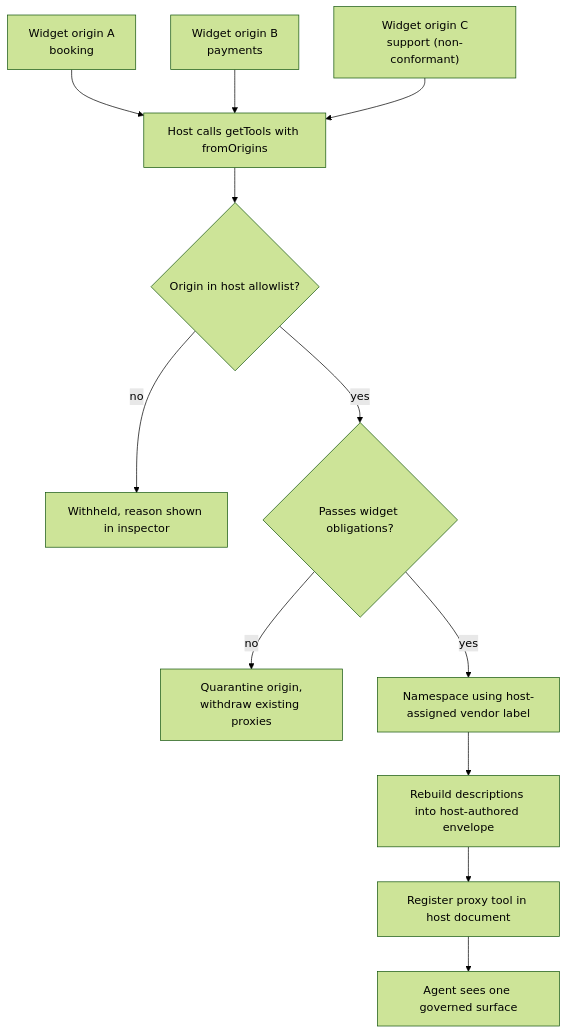
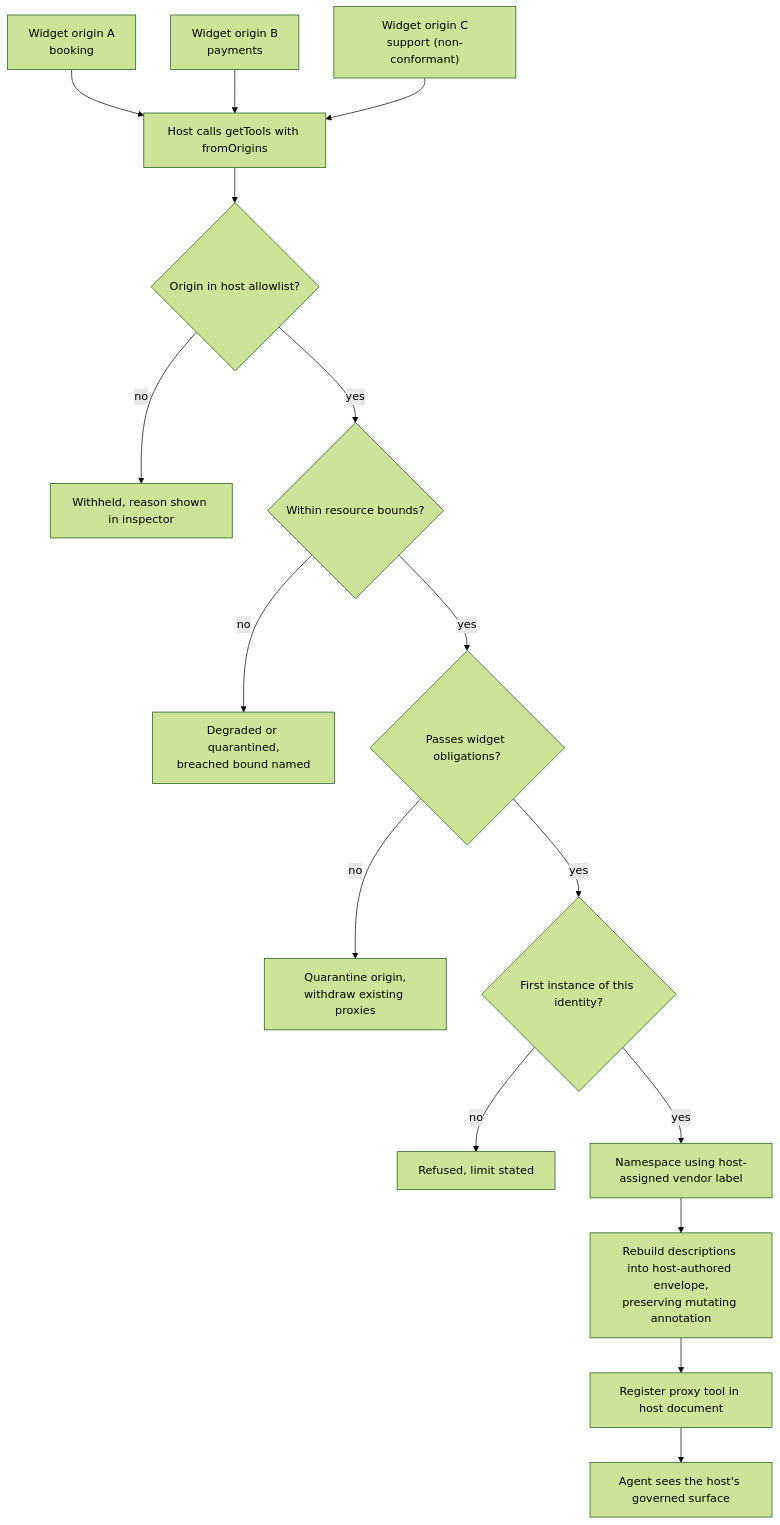
One commit to tomiwaaluko/ambient-webmcp changed the first of 4 diagrams in docs/plans/2026-08-31-001-feat-ambient-webmcp-tool-federation-plan.md. Above: the diagram before and after it, drawn with Mermaid (forest theme). The commit also changed other lines of this file, not shown here.

````diff
--- a/docs/plans/2026-08-31-001-feat-ambient-webmcp-tool-federation-plan.md
+++ b/docs/plans/2026-08-31-001-feat-ambient-webmcp-tool-federation-plan.md
@@ -125,14 +170,18 @@
 ```mermaid
 flowchart TB
   W1["Widget origin A<br/>booking"] --> GT
   W2["Widget origin B<br/>payments"] --> GT
   W3["Widget origin C<br/>support (non-conformant)"] --> GT
   GT["Host calls getTools with fromOrigins"] --> AL
   AL{"Origin in host allowlist?"} -->|no| DROP["Withheld, reason shown in inspector"]
-  AL -->|yes| CONF
+  AL -->|yes| RB
+  RB{"Within resource bounds?"} -->|no| DEG["Degraded or quarantined,<br/>breached bound named"]
+  RB -->|yes| CONF
   CONF{"Passes widget obligations?"} -->|no| QUAR["Quarantine origin,<br/>withdraw existing proxies"]
-  CONF -->|yes| NS["Namespace using host-assigned vendor label"]
-  NS --> ENV["Rebuild descriptions into host-authored envelope"]
+  CONF -->|yes| INST
+  INST{"First instance of this identity?"} -->|no| REF["Refused, limit stated"]
+  INST -->|yes| NS["Namespace using host-assigned vendor label"]
+  NS --> ENV["Rebuild descriptions into host-authored envelope,<br/>preserving mutating annotation"]
   ENV --> REG["Register proxy tool in host document"]
-  REG --> AGENT["Agent sees one governed surface"]
+  REG --> AGENT["Agent sees the host's governed surface"]
 ```
````
